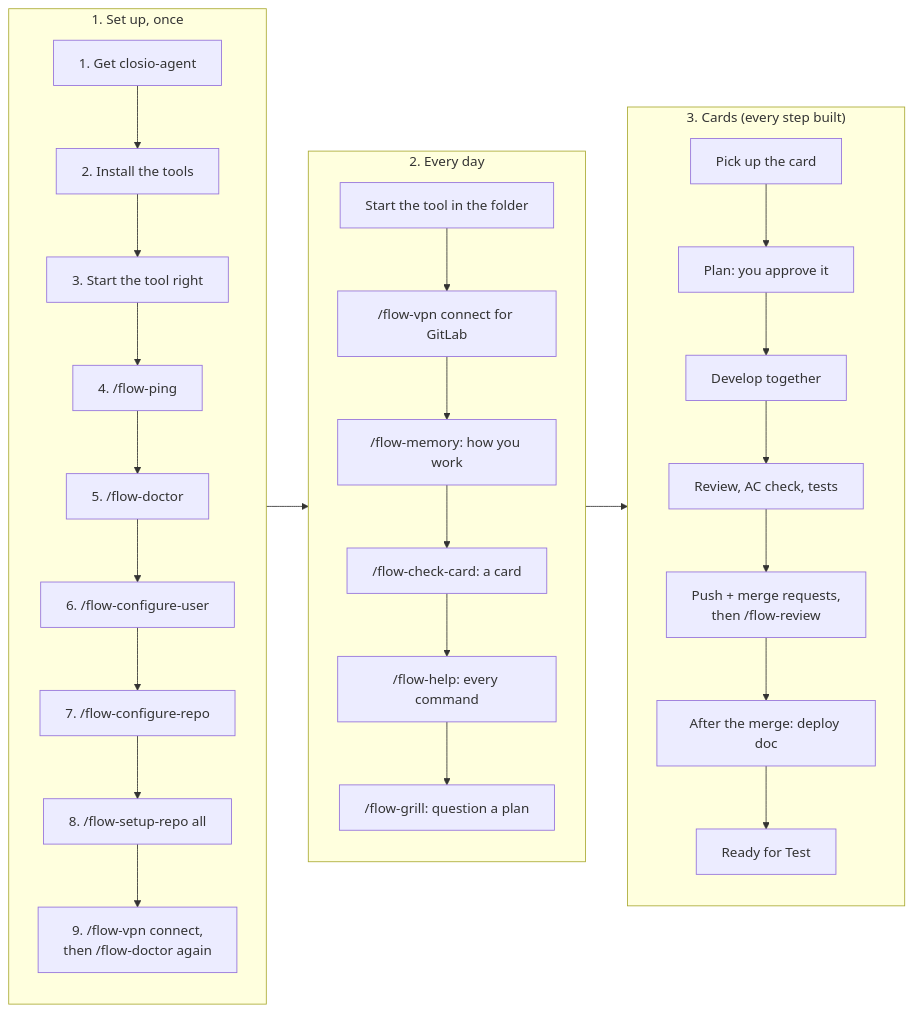
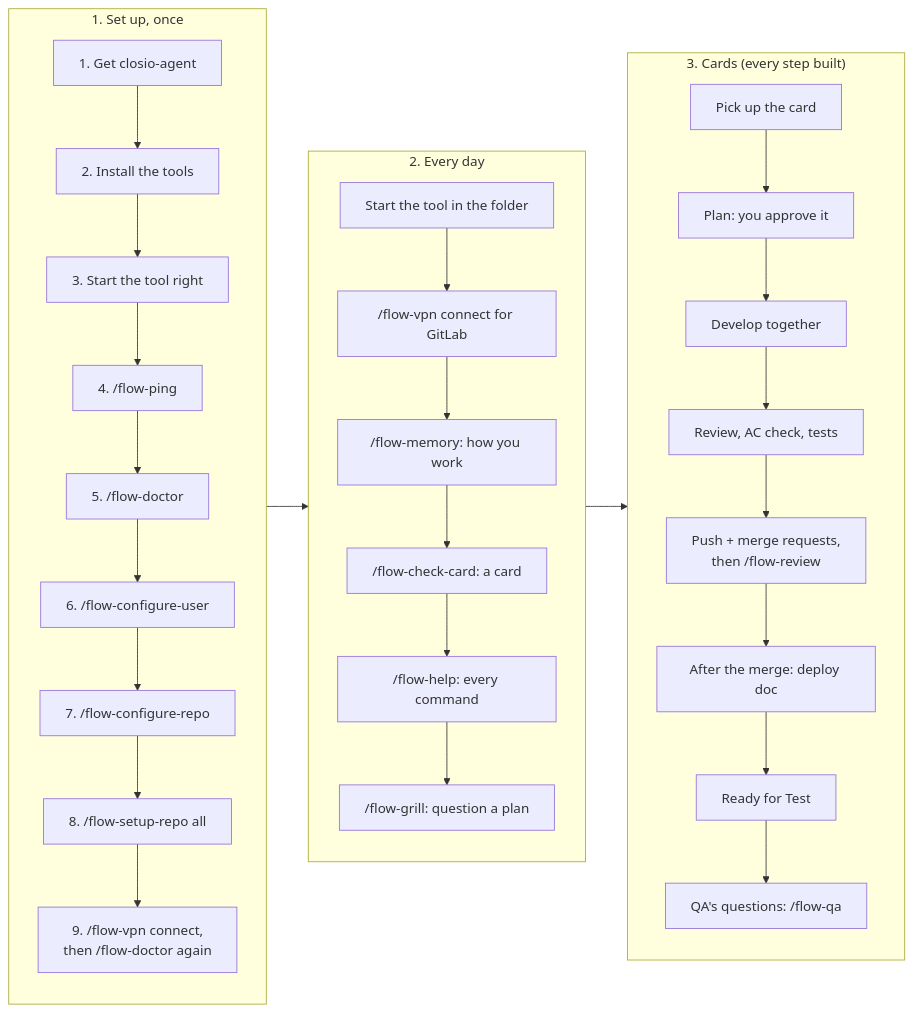
One commit to manas-shurutech-04/closio_agent changed the third of 6 diagrams in docs/user-guide.md. Above: the diagram before and after it, drawn with Mermaid. The commit also changed other lines of this file and 7 other files, not shown here.

Commit message:
Docs: the frontend ruleset and flow-qa (D80, D81)

````diff
--- a/docs/user-guide.md
+++ b/docs/user-guide.md
@@ -68,16 +68,16 @@
 ```mermaid
 flowchart LR
     subgraph S["1. Set up, once"]
         direction TB
         s1["1. Get closio-agent"] --> s2["2. Install the tools"] --> s3["3. Start the tool right"] --> s4["4. /flow-ping"] --> s5["5. /flow-doctor"] --> s6["6. /flow-configure-user"] --> s7["7. /flow-configure-repo"] --> s8["8. /flow-setup-repo all"] --> s9["9. /flow-vpn connect,<br/>then /flow-doctor again"]
     end
     subgraph D["2. Every day"]
         direction TB
         d1["Start the tool in the folder"] --> d2["/flow-vpn connect for GitLab"] --> d3["/flow-memory: how you work"] --> d4["/flow-check-card: a card"] --> d5["/flow-help: every command"] --> d6["/flow-grill: question a plan"]
     end
     subgraph K["3. Cards (every step built)"]
         direction TB
-        k1["Pick up the card"] --> k2["Plan: you approve it"] --> k3["Develop together"] --> k4["Review, AC check, tests"] --> k5["Push + merge requests,<br/>then /flow-review"] --> k6["After the merge: deploy doc"] --> k7["Ready for Test"]
+        k1["Pick up the card"] --> k2["Plan: you approve it"] --> k3["Develop together"] --> k4["Review, AC check, tests"] --> k5["Push + merge requests,<br/>then /flow-review"] --> k6["After the merge: deploy doc"] --> k7["Ready for Test"] --> k8["QA's questions: /flow-qa"]
     end
     S --> D --> K
 ```
````
